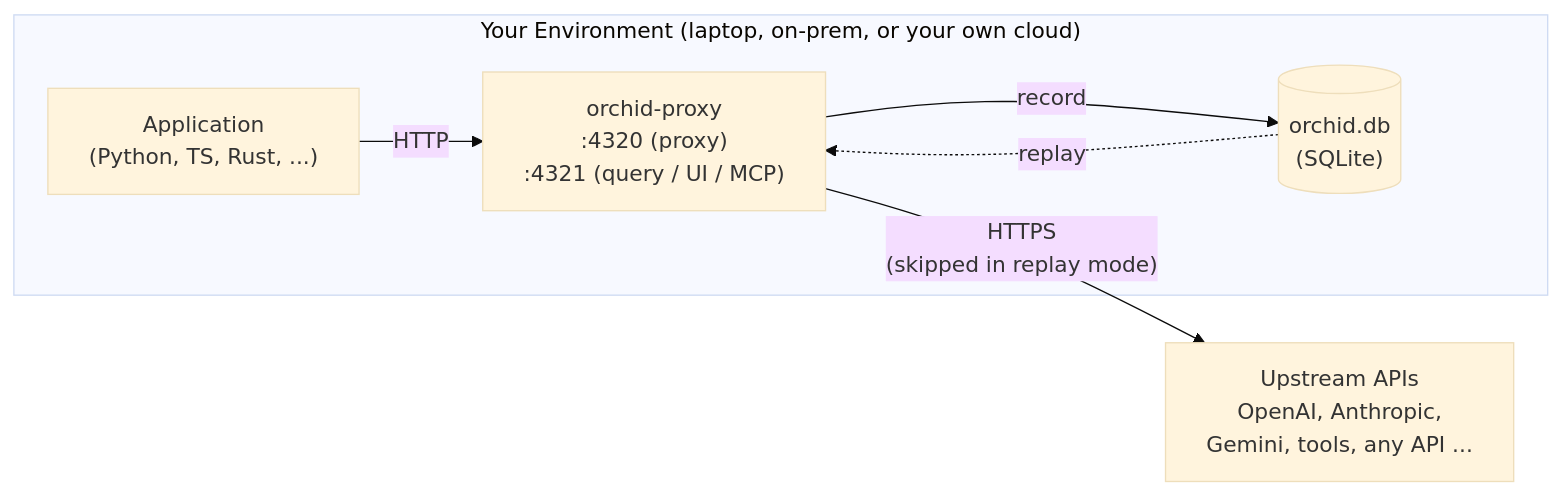
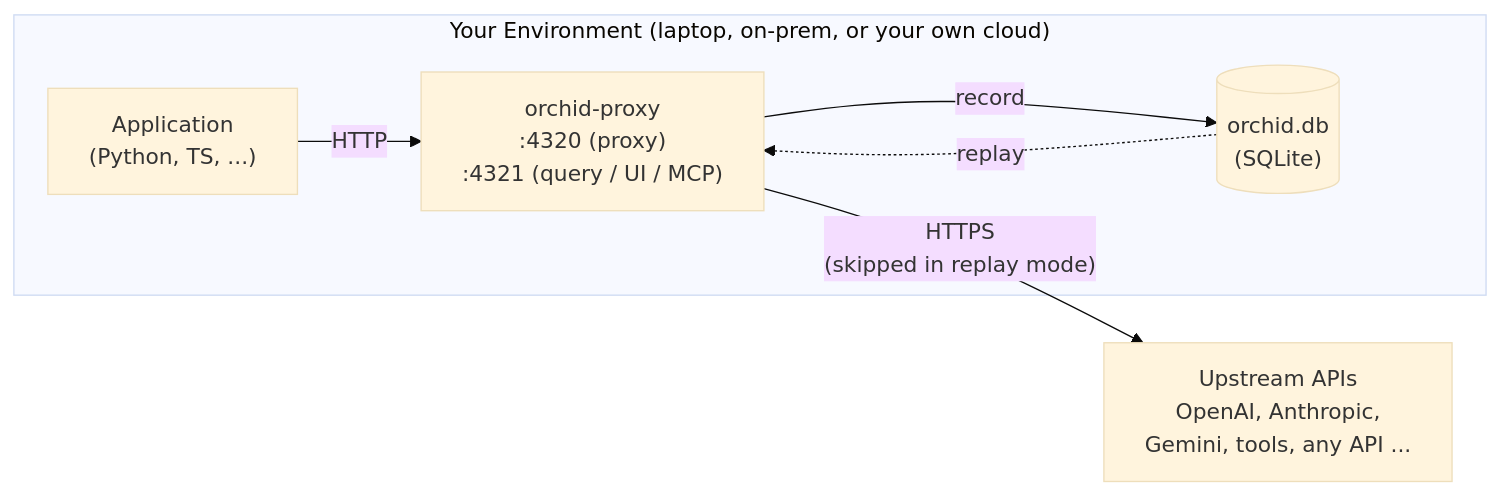
The diagram in README.md (mario-guerra/orchid-trace), drawn with Mermaid (base theme) before and after one commit. The commit also changed other lines of this file, not shown here.

Commit message:
Sync from private repo @ f24dc9213d2c

````diff
--- a/README.md
+++ b/README.md
@@ -30,13 +30,13 @@
 ```mermaid
 flowchart LR
     subgraph env["Your Environment (laptop, on-prem, or your own cloud)"]
-        app["Application<br/>(Python, TS, Rust, ...)"]
+        app["Application<br/>(Python, TS, ...)"]
         proxy["orchid-proxy<br/>:4320 (proxy)<br/>:4321 (query / UI / MCP)"]
         db[("orchid.db<br/>(SQLite)")]
         app -- "HTTP" --> proxy
         proxy -- "record" --> db
         db -. "replay" .-> proxy
     end
     upstream["Upstream APIs<br/>OpenAI, Anthropic,<br/>Gemini, tools, any API ..."]
     proxy -- "HTTPS<br/>(skipped in replay mode)" --> upstream
 ```
````
